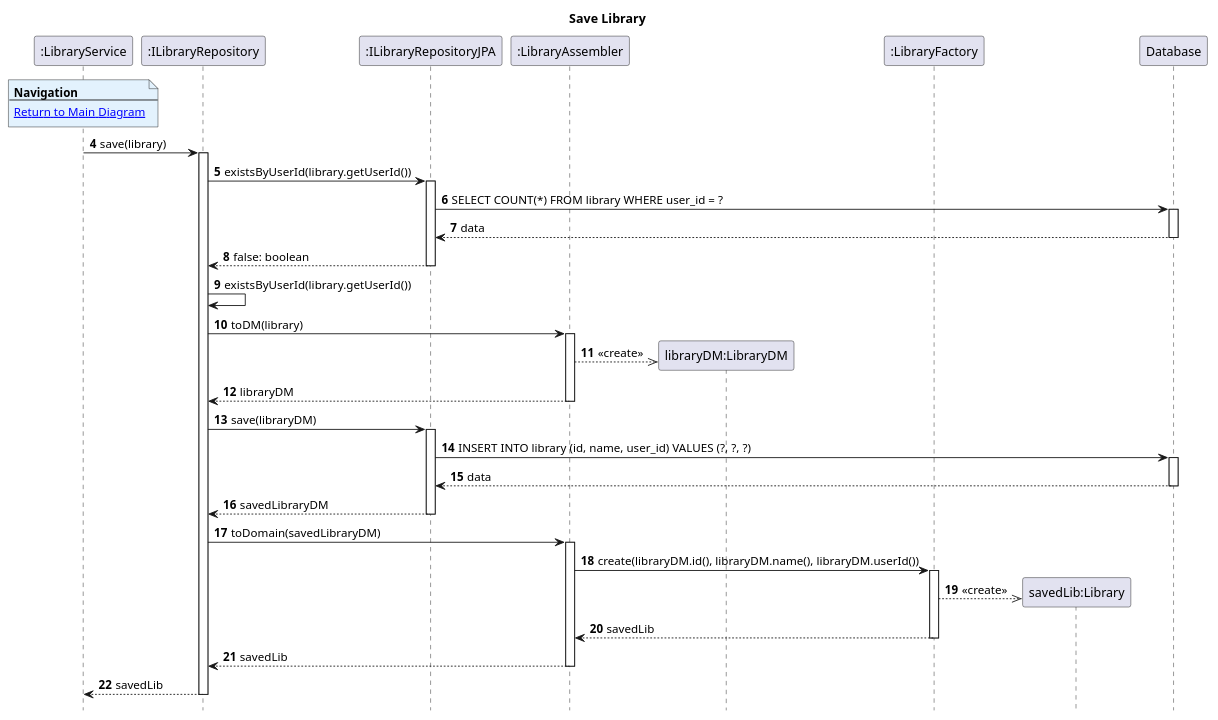
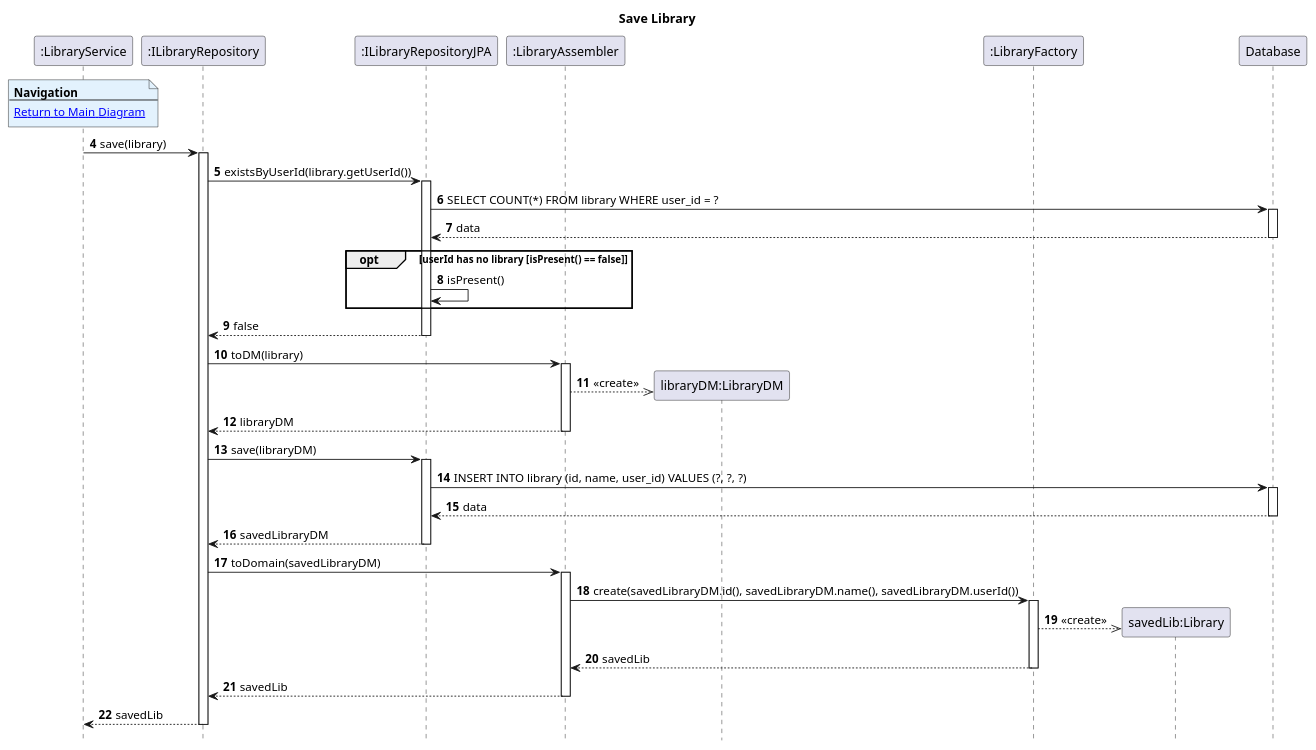
The diagram in Diagrams/SequenceDiagrams/N2/To-Create-Library/4.SaveLibrary.puml (AndrePereiraGitH/SWitCH-Project-Team_A), drawn with PlantUML before and after one commit. The commit also changed 3 other files, not shown here.

```diff
--- a/Diagrams/SequenceDiagrams/N2/To-Create-Library/4.SaveLibrary.puml
+++ b/Diagrams/SequenceDiagrams/N2/To-Create-Library/4.SaveLibrary.puml
@@ -1,71 +1,67 @@
 @startuml
 hide footbox
 autonumber 4
 title Save Library
 
 participant ":LibraryService" as service
 participant ":ILibraryRepository" as LibraryRepo
 participant ":ILibraryRepositoryJPA" as libraryJpa
 participant ":LibraryAssembler" as assembler
 participant "libraryDM:LibraryDM" as dm
 participant ":LibraryFactory" as factory
 participant "savedLib:Library" as persistedLib
 participant "Database" as db
 
 note over service #E3F2FD
 <b>Navigation</b>
 ---
 [[1.MainDiagram.puml Return to Main Diagram]]
 end note
 
 
 service -> LibraryRepo: save(library)
 activate LibraryRepo
 
-
 LibraryRepo -> libraryJpa: existsByUserId(library.getUserId())
 activate libraryJpa
 
 libraryJpa -> db: SELECT COUNT(*) FROM library WHERE user_id = ?
 activate db
 db --> libraryJpa: data
 deactivate db
+opt userId has no library [isPresent() == false]
+libraryJpa -> libraryJpa: isPresent()
+end
 
-libraryJpa --> LibraryRepo: false: boolean
+libraryJpa --> LibraryRepo: false
 deactivate libraryJpa
-
-LibraryRepo -> LibraryRepo: existsByUserId(library.getUserId())
 
 LibraryRepo -> assembler: toDM(library)
 activate assembler
-
 assembler -->> dm **: <<create>>
 assembler --> LibraryRepo: libraryDM
 deactivate assembler
 
 LibraryRepo -> libraryJpa: save(libraryDM)
 activate libraryJpa
 libraryJpa -> db: INSERT INTO library (id, name, user_id) VALUES (?, ?, ?)
 activate db
 db --> libraryJpa: data
 deactivate db
 libraryJpa --> LibraryRepo: savedLibraryDM
 deactivate libraryJpa
 
 LibraryRepo -> assembler: toDomain(savedLibraryDM)
 activate assembler
-
-assembler -> factory: create(libraryDM.id(), libraryDM.name(), libraryDM.userId())
+assembler -> factory: create(savedLibraryDM.id(), savedLibraryDM.name(), savedLibraryDM.userId())
 activate factory
-
 factory -->> persistedLib **: <<create>>
 factory --> assembler: savedLib
 deactivate factory
-
 assembler --> LibraryRepo: savedLib
 deactivate assembler
 
 LibraryRepo --> service: savedLib
 deactivate LibraryRepo
 
 @enduml
```
